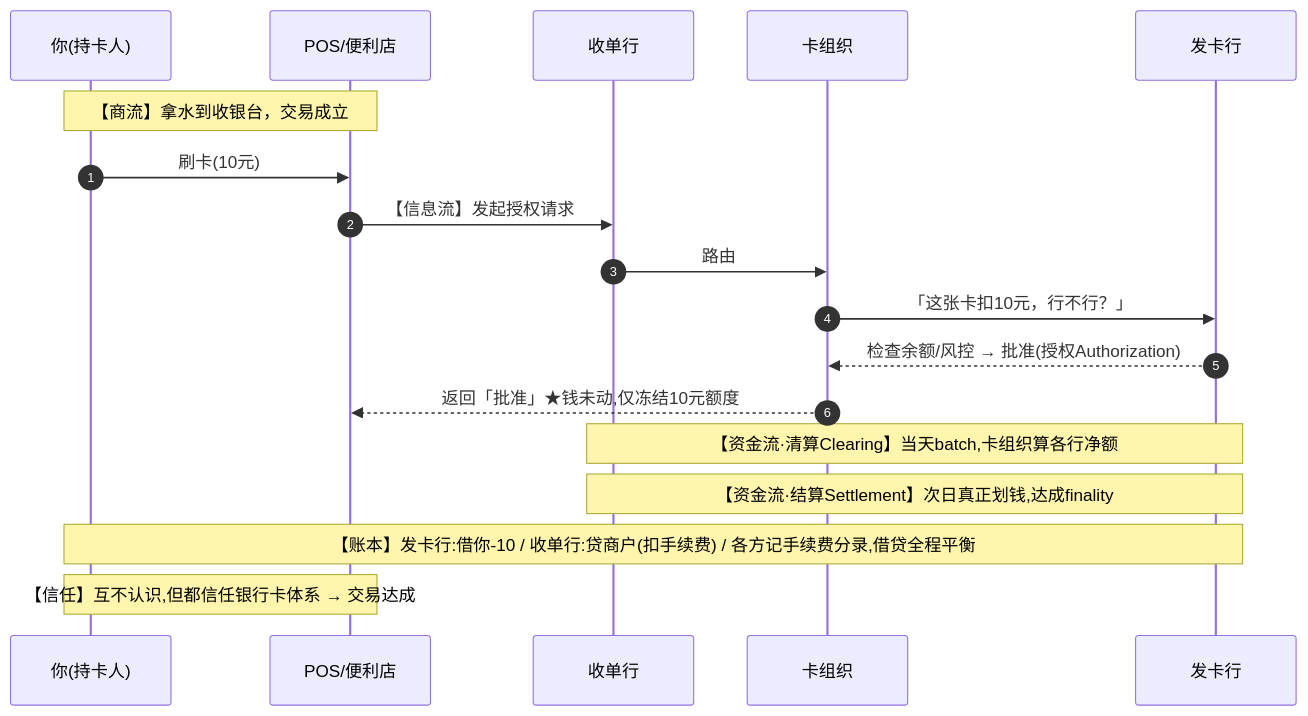
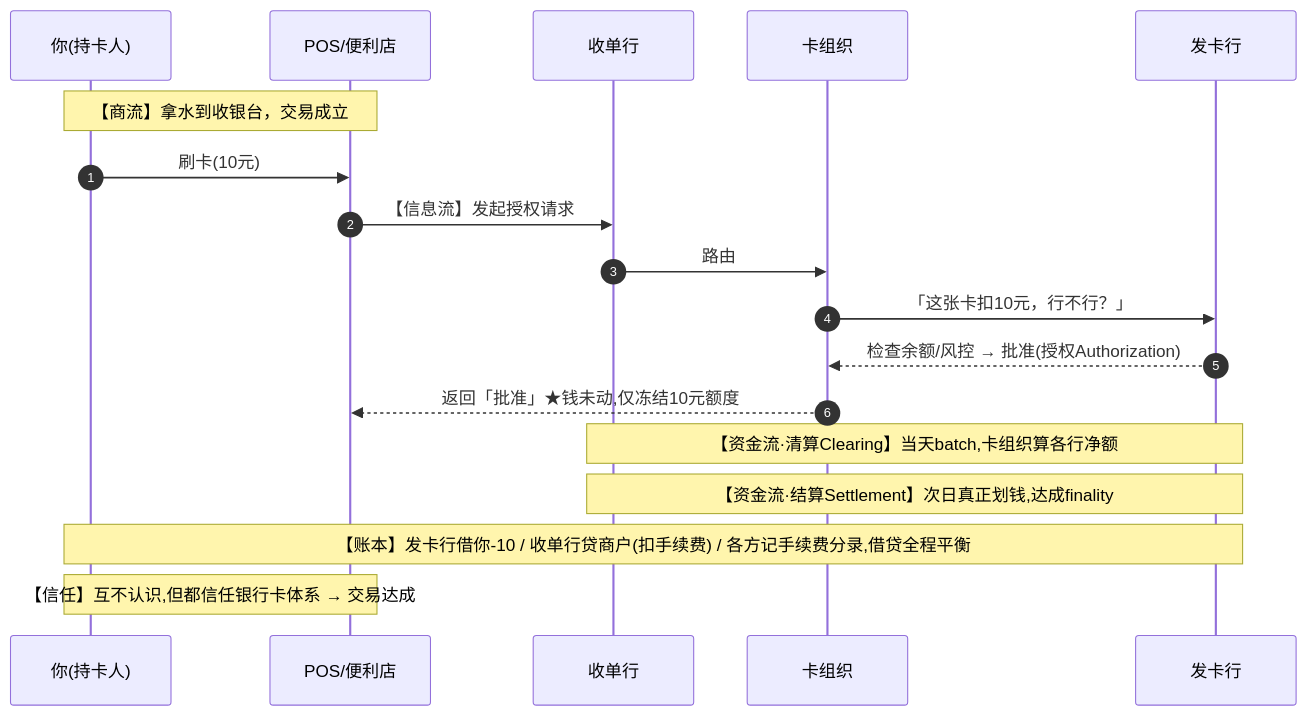
One commit to loong-ju/tech-research changed the fourth of 4 diagrams in payment/_foundation/00-foundation-business.md. Above: the diagram before and after it, drawn with Mermaid. The commit also changed 3 other files, not shown here.

First line of the commit message:
修复Mermaid语法错误:场景2清算流Note含分号导致Syntax error

````diff
--- a/payment/_foundation/00-foundation-business.md
+++ b/payment/_foundation/00-foundation-business.md
@@ -225,20 +225,20 @@
 ```mermaid
 sequenceDiagram
     autonumber
     participant U as 你(持卡人)
     participant POS as POS/便利店
     participant ACQ as 收单行
     participant CS as 卡组织
     participant ISS as 发卡行
     Note over U,POS: 【商流】拿水到收银台，交易成立
     U->>POS: 刷卡(10元)
     POS->>ACQ: 【信息流】发起授权请求
     ACQ->>CS: 路由
     CS->>ISS: 「这张卡扣10元，行不行？」
     ISS-->>CS: 检查余额/风控 → 批准(授权Authorization)
     CS-->>POS: 返回「批准」★钱未动,仅冻结10元额度
     Note over ACQ,ISS: 【资金流·清算Clearing】当天batch,卡组织算各行净额
     Note over ACQ,ISS: 【资金流·结算Settlement】次日真正划钱,达成finality
-    Note over U,ISS: 【账本】发卡行:借你-10 / 收单行:贷商户(扣手续费) / 各方记手续费分录,借贷全程平衡
+    Note over U,ISS: 【账本】发卡行借你-10 / 收单行贷商户(扣手续费) / 各方记手续费分录,借贷全程平衡
     Note over U,POS: 【信任】互不认识,但都信任银行卡体系 → 交易达成
 ```
````
